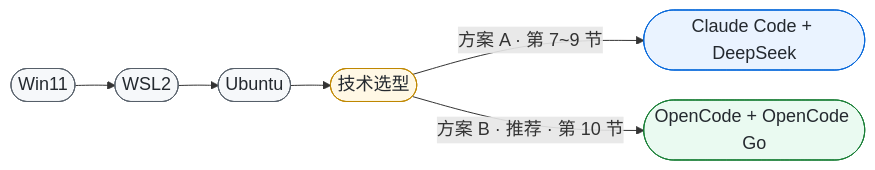
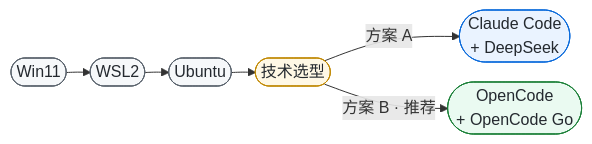
The diagram in README.md (QianRongAn/wsl2-ubuntu-ai-coding-setup), drawn with Mermaid before and after one commit.

Commit message:
docs: compact the selection diagram (shorter arrows, narrower nodes)

````diff
--- a/README.md
+++ b/README.md
@@ -74,17 +74,17 @@
 ```mermaid
-%%{init: {"themeVariables": {"fontSize": "18px"}, "flowchart": {"nodeSpacing": 30, "rankSpacing": 40, "curve": "basis", "padding": 6}}}%%
+%%{init: {"themeVariables": {"fontSize": "16px"}, "flowchart": {"nodeSpacing": 20, "rankSpacing": 24, "curve": "basis", "padding": 4}}}%%
 flowchart LR
     A(["Win11"]) --> B(["WSL2"]) --> C(["Ubuntu"]) --> D(["技术选型"])
-    D -->|"方案 A · 第 7~9 节"| E(["Claude Code + DeepSeek"])
-    D -->|"方案 B · 推荐 · 第 10 节"| F(["OpenCode + OpenCode Go"])
+    D -->|"方案 A"| E(["Claude Code<br/>+ DeepSeek"])
+    D -->|"方案 B · 推荐"| F(["OpenCode<br/>+ OpenCode Go"])
 
     classDef base fill:#f6f8fa,stroke:#57606a,color:#24292f
     classDef pick fill:#fff8e5,stroke:#bf8700,color:#24292f
     classDef a fill:#eaf3ff,stroke:#0969da,color:#24292f
     classDef b fill:#eafaf1,stroke:#1a7f37,color:#24292f
 
     class A,B,C base
     class D pick
     class E a
     class F b
 ```
````
